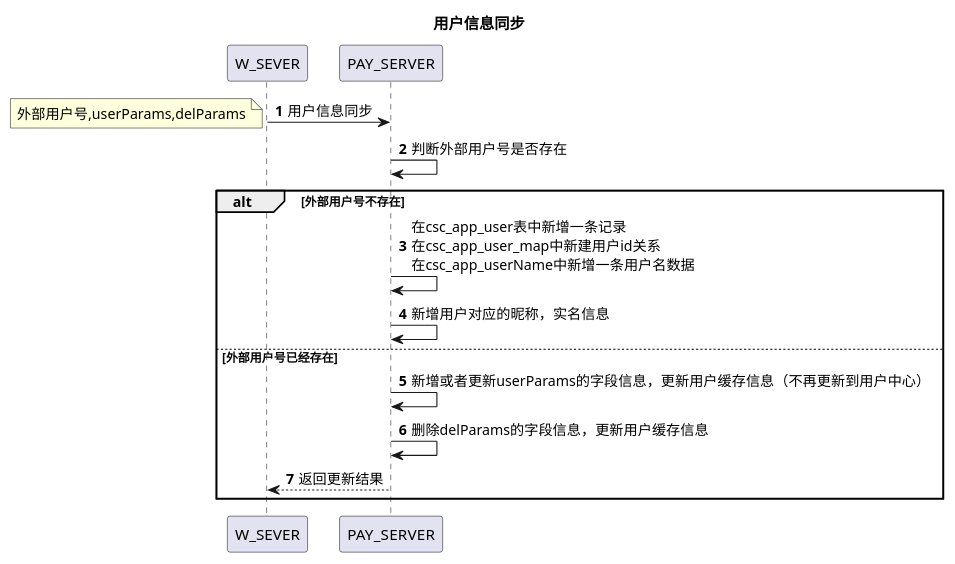
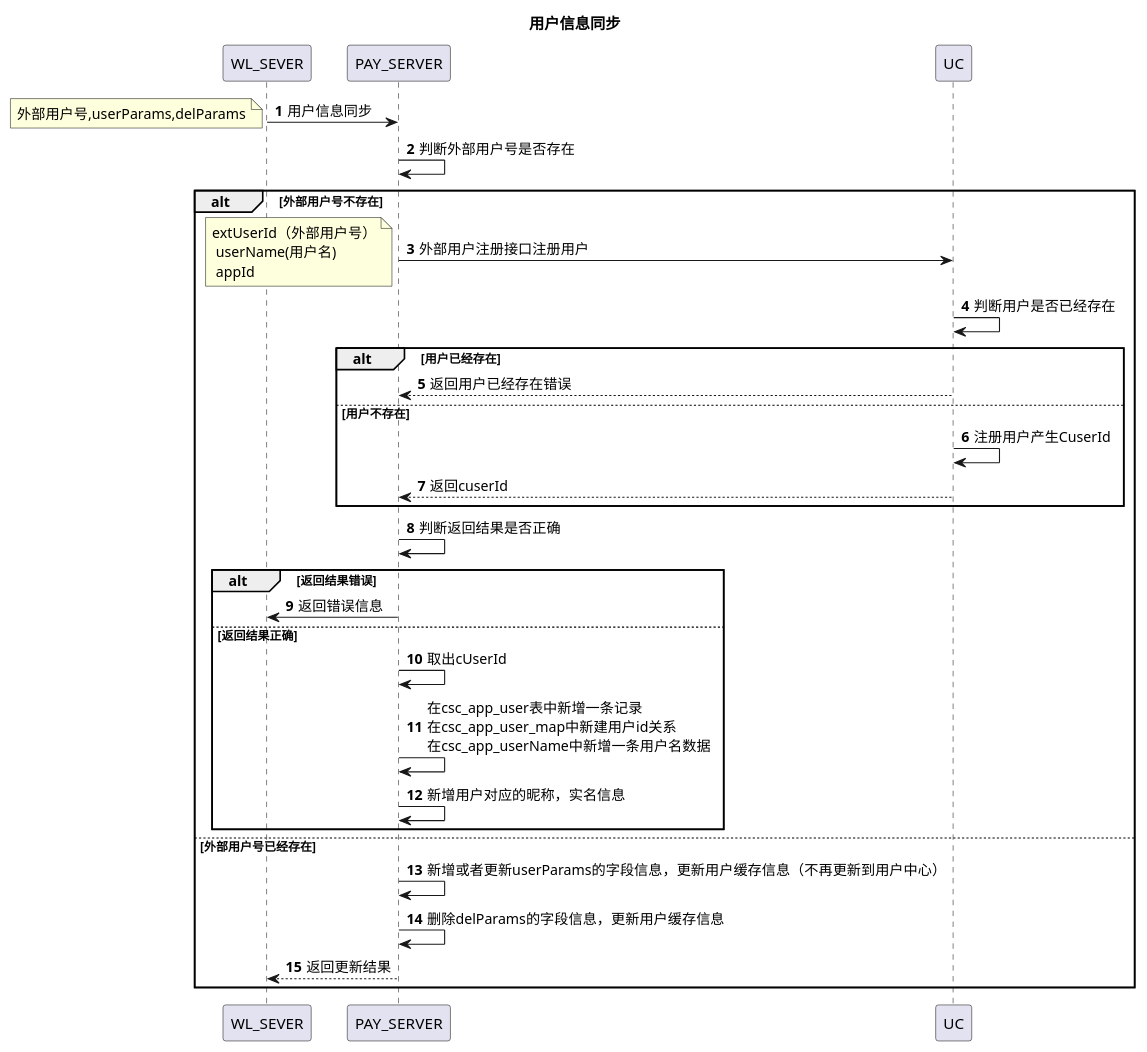
One commit to 13589080127/zc-test changed the diagram in doc/wpay/用户信息同步.puml. Above: the diagram before and after it, drawn with PlantUML. The commit also changed 1 other file, not shown here.

Commit message:
增加初始化sdk 流程图

```diff
--- a/doc/wpay/用户信息同步.puml
+++ b/doc/wpay/用户信息同步.puml
@@ -1,15 +1,30 @@
 @startuml
 title:用户信息同步
 autonumber
-W_SEVER->PAY_SERVER:用户信息同步
+WL_SEVER->PAY_SERVER:用户信息同步
 note left:外部用户号,userParams,delParams
 PAY_SERVER->PAY_SERVER:判断外部用户号是否存在
 alt 外部用户号不存在
+PAY_SERVER->UC:外部用户注册接口注册用户
+note left:extUserId（外部用户号）\n userName(用户名) \n appId
+UC->UC:判断用户是否已经存在
+alt 用户已经存在
+UC-->PAY_SERVER:返回用户已经存在错误
+else 用户不存在
+UC->UC:注册用户产生CuserId
+UC-->PAY_SERVER:返回cuserId
+end
+PAY_SERVER->PAY_SERVER:判断返回结果是否正确
+alt 返回结果错误
+PAY_SERVER->WL_SEVER:返回错误信息
+else 返回结果正确
+PAY_SERVER->PAY_SERVER:取出cUserId
 PAY_SERVER->PAY_SERVER:在csc_app_user表中新增一条记录\n在csc_app_user_map中新建用户id关系\n在csc_app_userName中新增一条用户名数据
 PAY_SERVER->PAY_SERVER:新增用户对应的昵称，实名信息
+end
 else 外部用户号已经存在
 PAY_SERVER->PAY_SERVER:新增或者更新userParams的字段信息，更新用户缓存信息（不再更新到用户中心）
 PAY_SERVER->PAY_SERVER:删除delParams的字段信息，更新用户缓存信息
-PAY_SERVER-->W_SEVER:返回更新结果
+PAY_SERVER-->WL_SEVER:返回更新结果
 end
 @enduml
```
